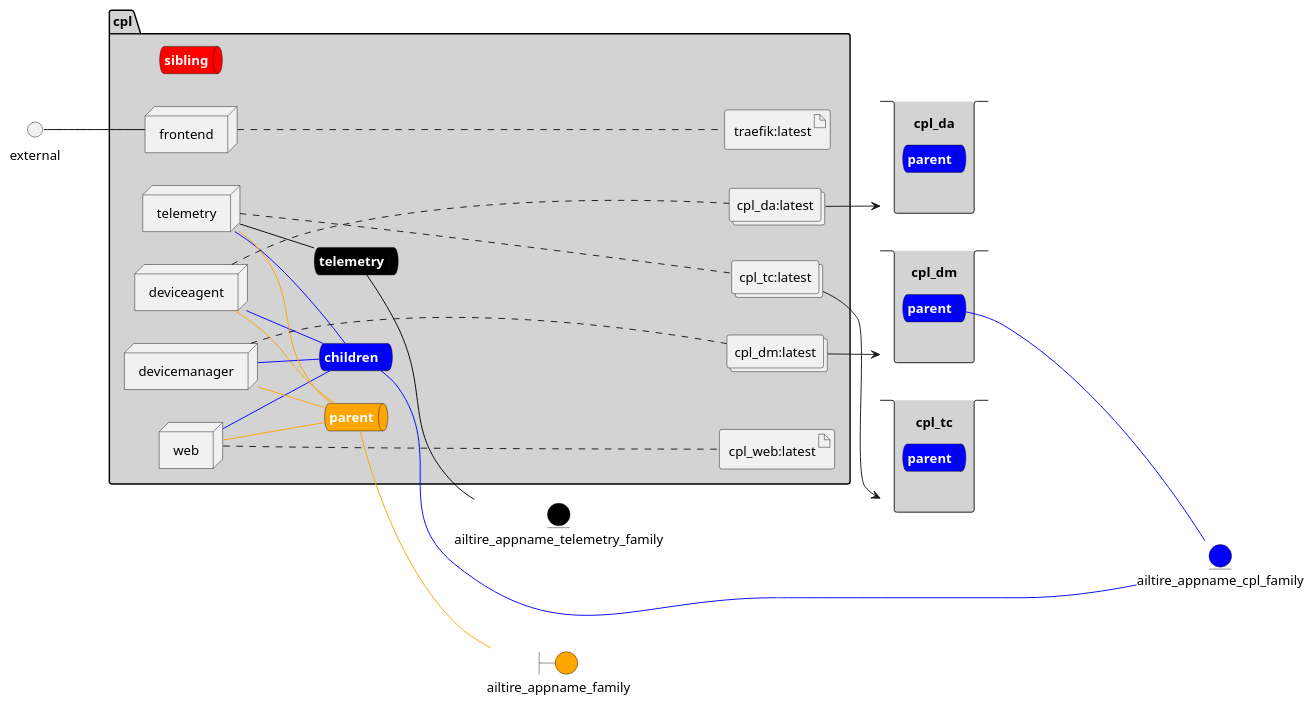
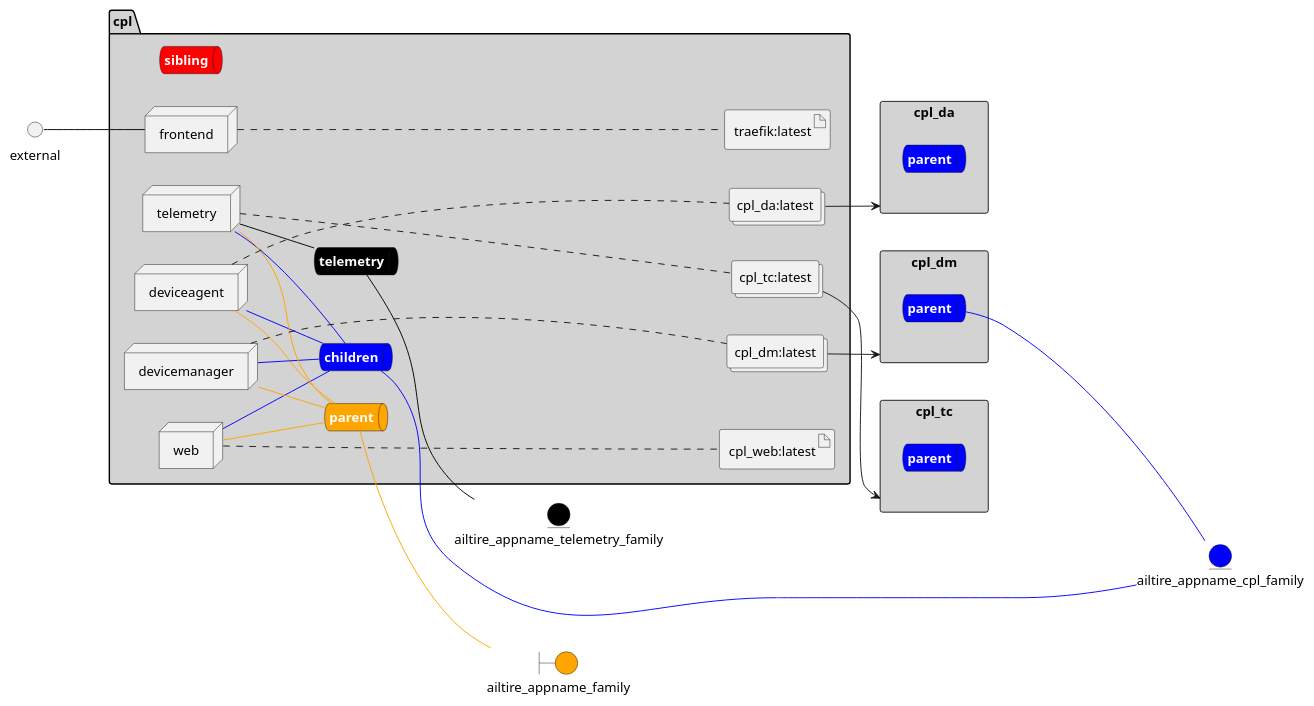
Before and after one commit to madajaju/edgemere: the diagram in docs/edgemere/cpl/envs/dev/deployment.puml, drawn with PlantUML. The commit also changed 208 other files, not shown here.

```diff
--- a/docs/edgemere/cpl/envs/dev/deployment.puml
+++ b/docs/edgemere/cpl/envs/dev/deployment.puml
@@ -1,109 +1,109 @@
 @startuml
 
 left to right direction
 
 
 boundary ailtire_appname_family #orange
 
 
 entity ailtire_appname_telemetry_family #black
 
 entity ailtire_appname_cpl_family #blue
 
-stack "cpl_da" as cpl_daStack #lightgray {
+rectangle "cpl_da" as cpl_daStack #lightgray {
     queue cpl_daStacksnet #blue [
         <b><color:white>parent</color></b>
     ]
 }
-stack "cpl_dm" as cpl_dmStack #lightgray {
+rectangle "cpl_dm" as cpl_dmStack #lightgray {
     queue cpl_dmStacksnet #blue [
         <b><color:white>parent</color></b>
     ]
 }
-stack "cpl_tc" as cpl_tcStack #lightgray {
+rectangle "cpl_tc" as cpl_tcStack #lightgray {
     queue cpl_tcStacksnet #blue [
         <b><color:white>parent</color></b>
     ]
 }
 
 
 
 package "cpl" #lightgray {
     queue telemetrynet #black [
             <b><color:white>telemetry</color></b>
     ]
     
     telemetrynet -[#black]- ailtire_appname_telemetry_family
     
     queue childrennet #blue [
             <b><color:white>children</color></b>
     ]
     
     childrennet -[#blue]- ailtire_appname_cpl_family
     
     queue siblingnet #red [
             <b><color:white>sibling</color></b>
     ]
     
     queue parentnet #orange [
             <b><color:white>parent</color></b>
     ]
     
     parentnet -[#orange]- ailtire_appname_family
     
 
 
 node "frontend" as frontendService {
     
 }
 node "web" as webService
 node "deviceagent" as deviceagentService
 node "devicemanager" as devicemanagerService
 node "telemetry" as telemetryService
 
 
         artifact "cpl_web:latest" as cpl_weblatestimage
             collections "cpl_da:latest" as cpl_dalatestimage
             collections "cpl_dm:latest" as cpl_dmlatestimage
             collections "cpl_tc:latest" as cpl_tclatestimage
     
         artifact "traefik:latest" as traefiklatestimage
     
 }
 
 external -[#black]- frontendService
 
 webService -[#blue]- childrennet
 
 webService -[#orange]- parentnet
 
 deviceagentService -[#blue]- childrennet
 
 deviceagentService -[#orange]- parentnet
 
 devicemanagerService -[#blue]- childrennet
 
 devicemanagerService -[#orange]- parentnet
 
 telemetryService -[#blue]- childrennet
 
 telemetryService -[#orange]- parentnet
 
 telemetryService -[#black]- telemetrynet
 webService .... cpl_weblatestimage
 deviceagentService .... cpl_dalatestimage
 devicemanagerService .... cpl_dmlatestimage
 telemetryService .... cpl_tclatestimage
 
 frontendService .... traefiklatestimage
 
 cpl_dalatestimage --> cpl_daStack
     
 cpl_dmlatestimage --> cpl_dmStack
     
 cpl_dmStacksnet --[#blue]-- ailtire_appname_cpl_family
     
 cpl_tclatestimage --> cpl_tcStack
     
 
 @enduml
```
